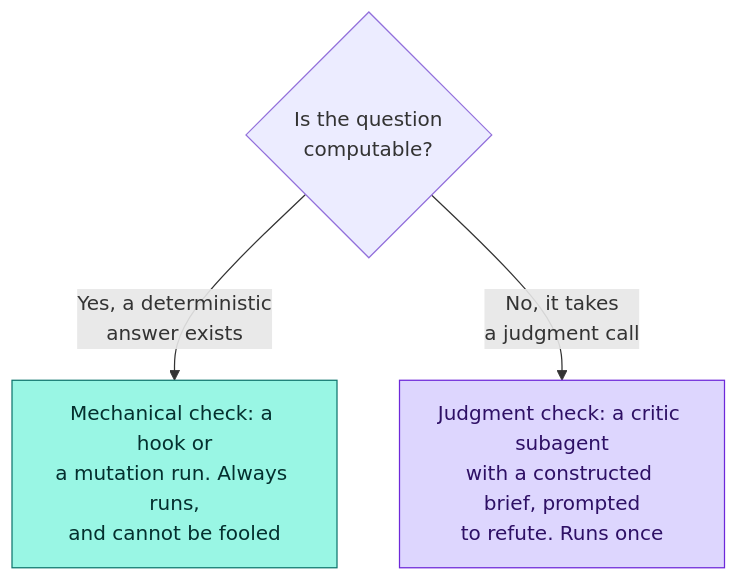
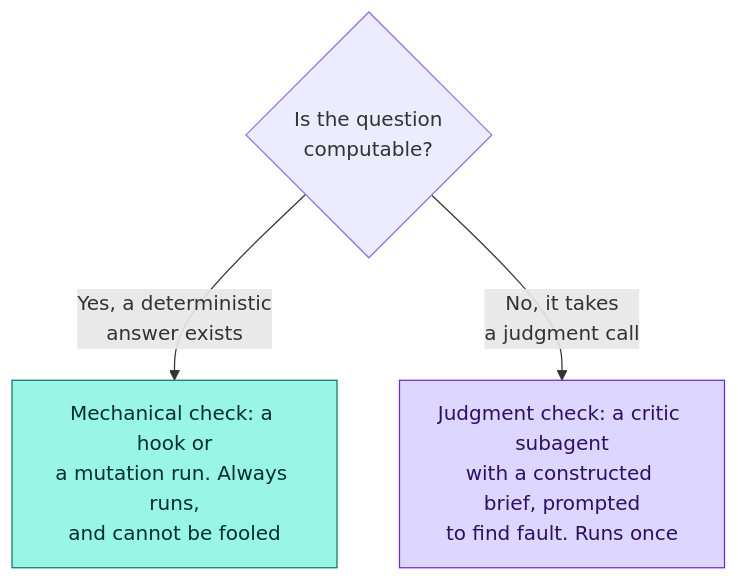
The fifth of 5 diagrams in docs/model.md (dominik-rehse/hone), drawn with Mermaid before and after one commit. The commit also changed other lines of this file and 18 other files, not shown here.

````diff
--- a/docs/model.md
+++ b/docs/model.md
@@ -258,11 +260,11 @@
 ```mermaid
 flowchart TD
     q{"Is the question<br/>computable?"}
     q -->|"Yes, a deterministic<br/>answer exists"| mech["Mechanical check: a hook or<br/>a mutation run. Always runs,<br/>and cannot be fooled"]
-    q -->|"No, it takes<br/>a judgment call"| judge["Judgment check: a critic subagent<br/>with a constructed brief, prompted<br/>to refute. Runs once"]
+    q -->|"No, it takes<br/>a judgment call"| judge["Judgment check: a critic subagent<br/>with a constructed brief, prompted<br/>to find fault. Runs once"]
 
     classDef deterministic fill:#99f6e4,stroke:#0f766e,color:#042f2e;
     classDef stochastic fill:#ddd6fe,stroke:#6d28d9,color:#2e1065;
     class mech deterministic;
     class judge stochastic;
 ```
````
